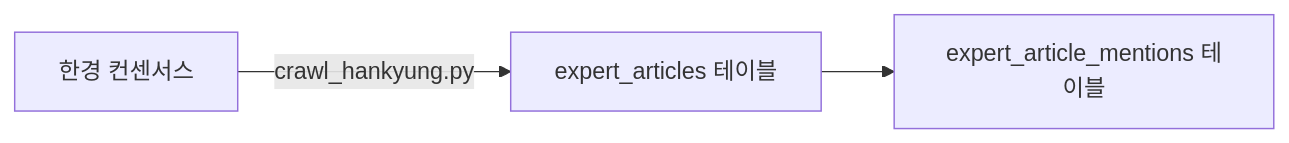
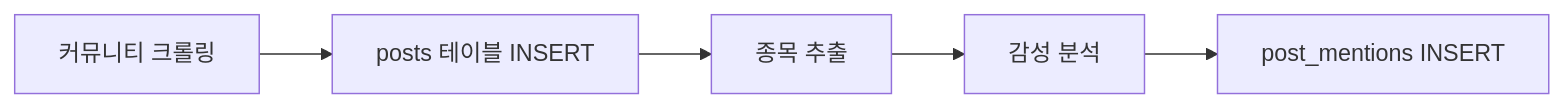
Before and after one commit to suyeongpark/human-index: the second of 3 diagrams in docs/project-structure.md, drawn with Mermaid. The commit also changed other lines of this file and 11 other files, not shown here.

````diff
--- a/docs/project-structure.md
+++ b/docs/project-structure.md
@@ -157,5 +200,7 @@
 ```mermaid
-graph LR
-    A[한경 컨센서스] -->|crawl_hankyung.py| B[expert_articles 테이블]
-    B --> C[expert_article_mentions 테이블]
+flowchart LR
+    A[커뮤니티 크롤링] --> B[posts 테이블 INSERT]
+    B --> C[종목 추출]
+    C --> D[감성 분석]
+    D --> E[post_mentions INSERT]
 ```
````
